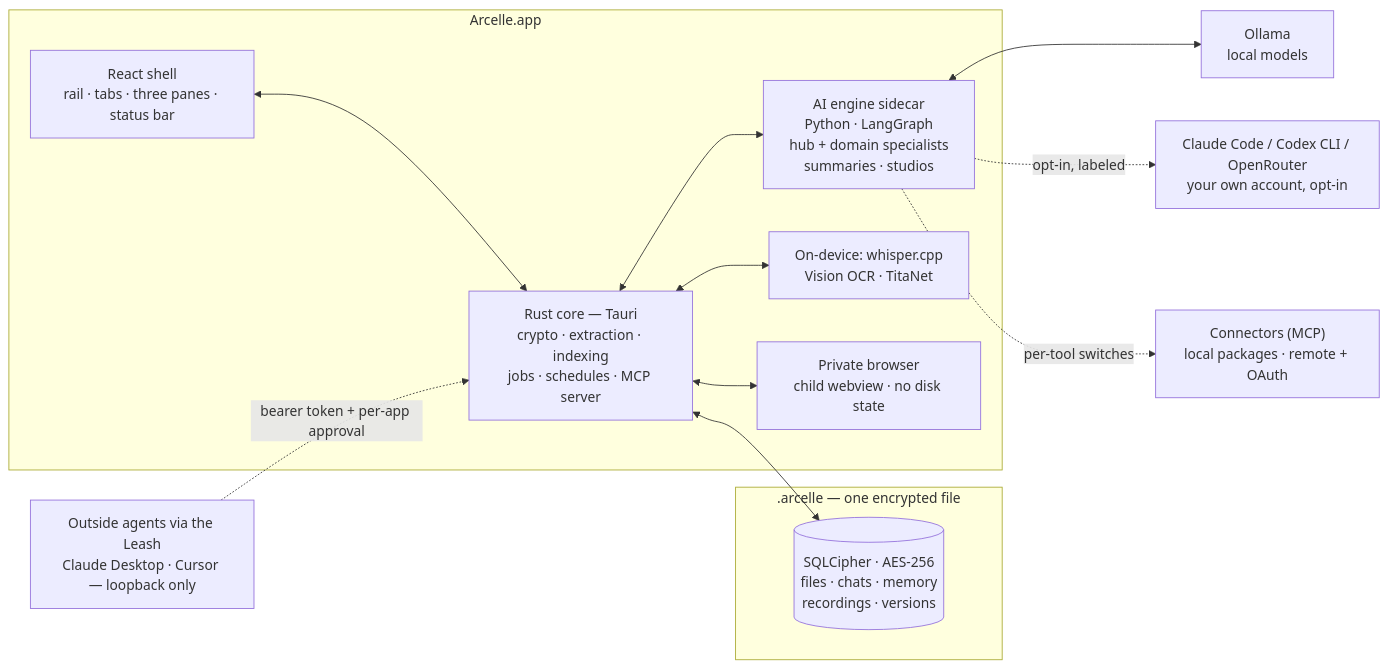
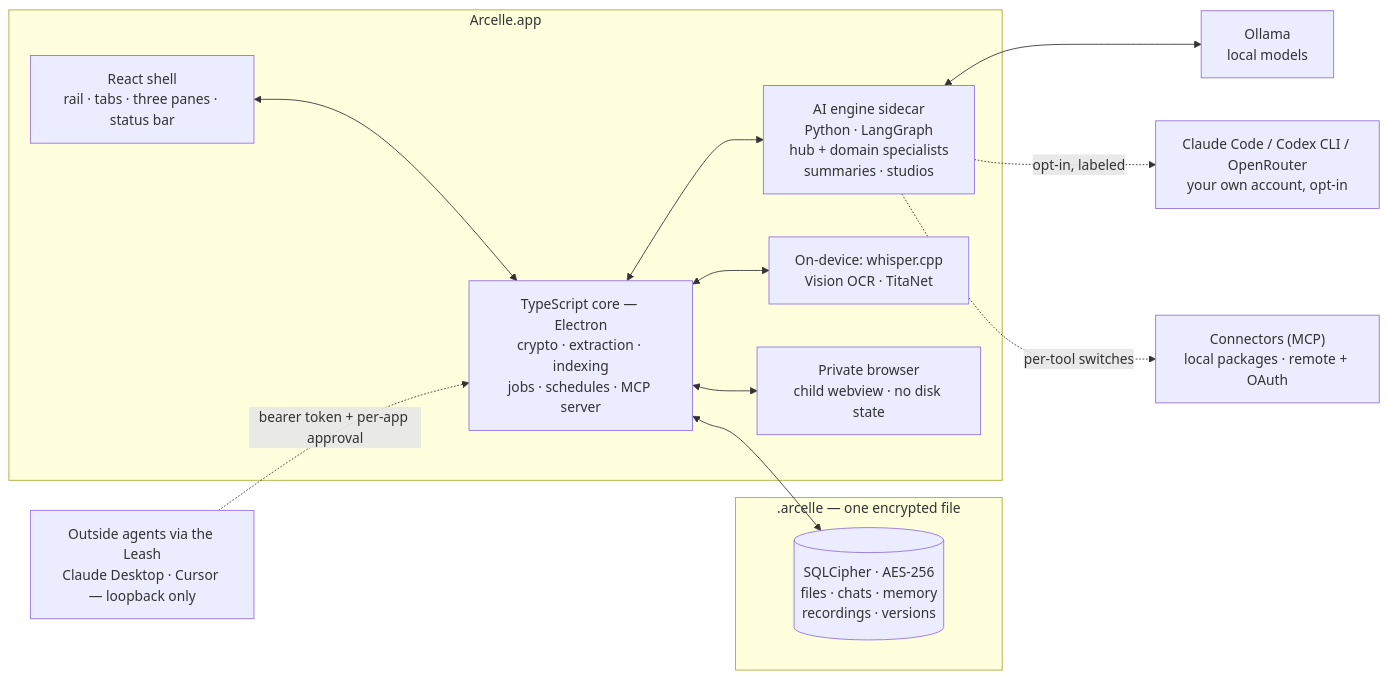
One commit to benrben/private-room changed the diagram in README.md. Above: the diagram before and after it, drawn with Mermaid. The commit also changed other lines of this file and 498 other files, not shown here.

````diff
--- a/README.md
+++ b/README.md
@@ -674,27 +661,27 @@
 ```mermaid
 flowchart LR
     subgraph file [".arcelle — one encrypted file"]
         DB[("SQLCipher · AES-256<br/>files · chats · memory<br/>recordings · versions")]
     end
     subgraph app ["Arcelle.app"]
         UI["React shell<br/>rail · tabs · three panes · status bar"]
-        CORE["Rust core — Tauri<br/>crypto · extraction · indexing<br/>jobs · schedules · MCP server"]
+        CORE["TypeScript core — Electron<br/>crypto · extraction · indexing<br/>jobs · schedules · MCP server"]
         AI["AI engine sidecar<br/>Python · LangGraph<br/>hub + domain specialists<br/>summaries · studios"]
         LOCAL["On-device: whisper.cpp<br/>Vision OCR · TitaNet"]
         WEB["Private browser<br/>child webview · no disk state"]
     end
     OLLAMA["Ollama<br/>local models"]
     CLIS["Claude Code / Codex CLI / OpenRouter<br/>your own account, opt-in"]
     MCP["Connectors (MCP)<br/>local packages · remote + OAuth"]
     AGENTS["Outside agents via the Leash<br/>Claude Desktop · Cursor — loopback only"]
 
     UI <--> CORE
     CORE <--> DB
     CORE <--> AI
     CORE <--> LOCAL
     CORE <--> WEB
     AI <--> OLLAMA
     AI -. "opt-in, labeled" .-> CLIS
     AI -. "per-tool switches" .-> MCP
     AGENTS -. "bearer token + per-app approval" .-> CORE
 ```
````
